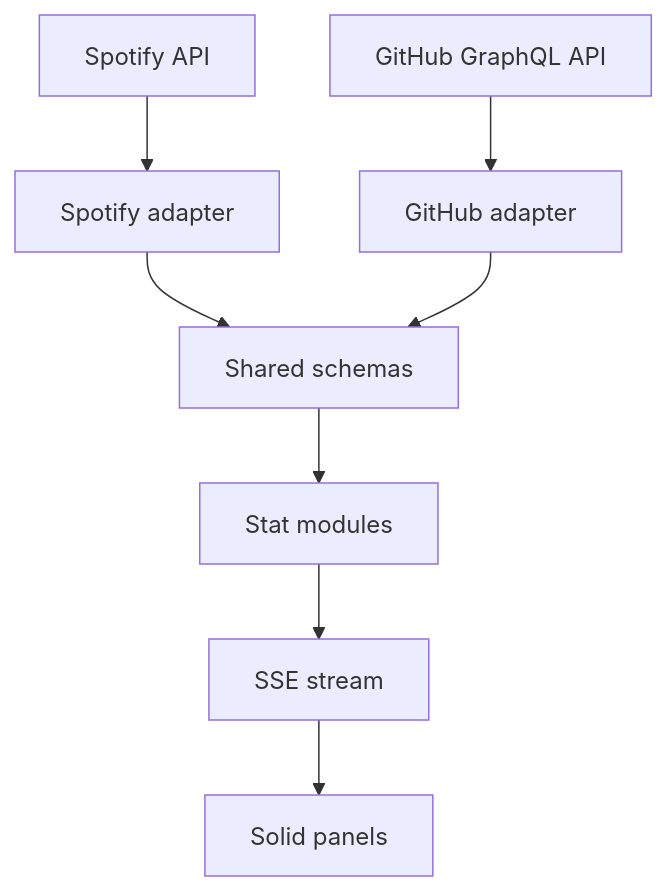
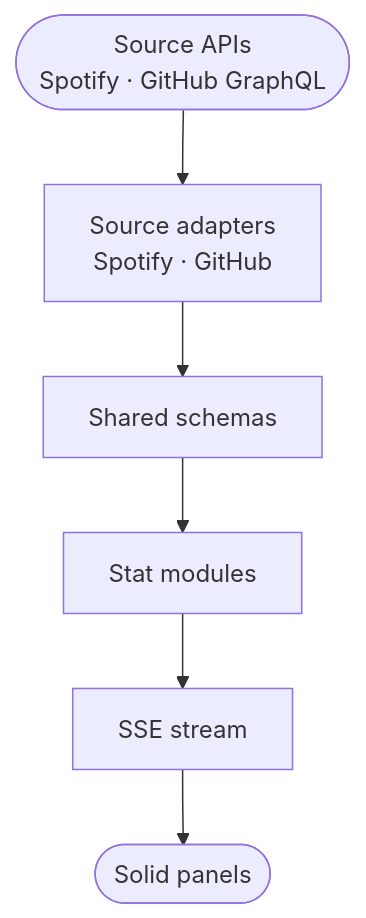
Before and after one commit to ErickCReis/ErickCReis: the first of 2 diagrams in web/content/blog/personal-telemetry-from-spotify-and-github.mdx, drawn with Mermaid. The commit also changed other lines of this file and 23 other files, not shown here.

Commit message:
Polish Mermaid diagrams across blog posts

````diff
--- a/web/content/blog/personal-telemetry-from-spotify-and-github.mdx
+++ b/web/content/blog/personal-telemetry-from-spotify-and-github.mdx
@@ -12,10 +12,8 @@
 ```mermaid center
 flowchart TB
-  SpotifyAPI["Spotify API"] --> SpotifyAdapter["Spotify adapter"]
-  GitHubAPI["GitHub GraphQL API"] --> GitHubAdapter["GitHub adapter"]
-  SpotifyAdapter --> Schemas["Shared schemas"]
-  GitHubAdapter --> Schemas
+  APIs(["Source APIs<br/>Spotify · GitHub GraphQL"]) --> Adapters["Source adapters<br/>Spotify · GitHub"]
+  Adapters --> Schemas["Shared schemas"]
   Schemas --> Modules["Stat modules"]
   Modules --> Stream["SSE stream"]
-  Stream --> Panels["Solid panels"]
+  Stream --> Panels(["Solid panels"])
 ```
````
